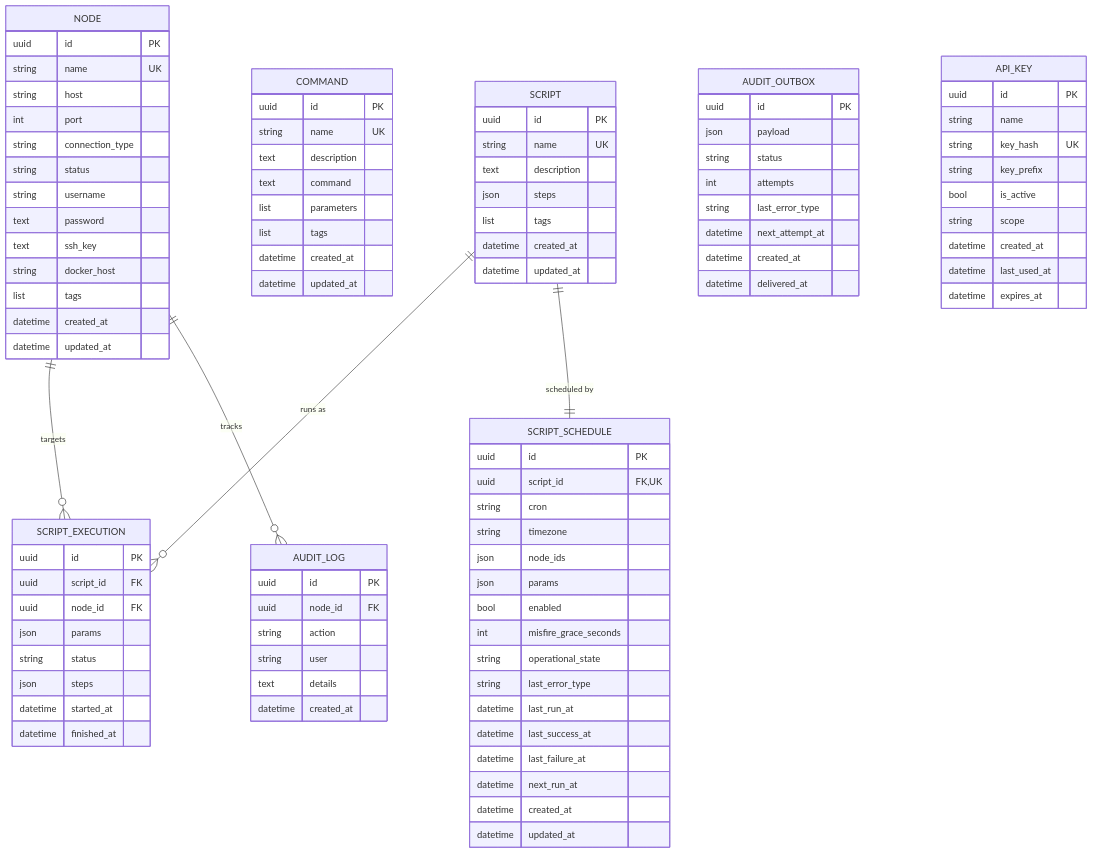
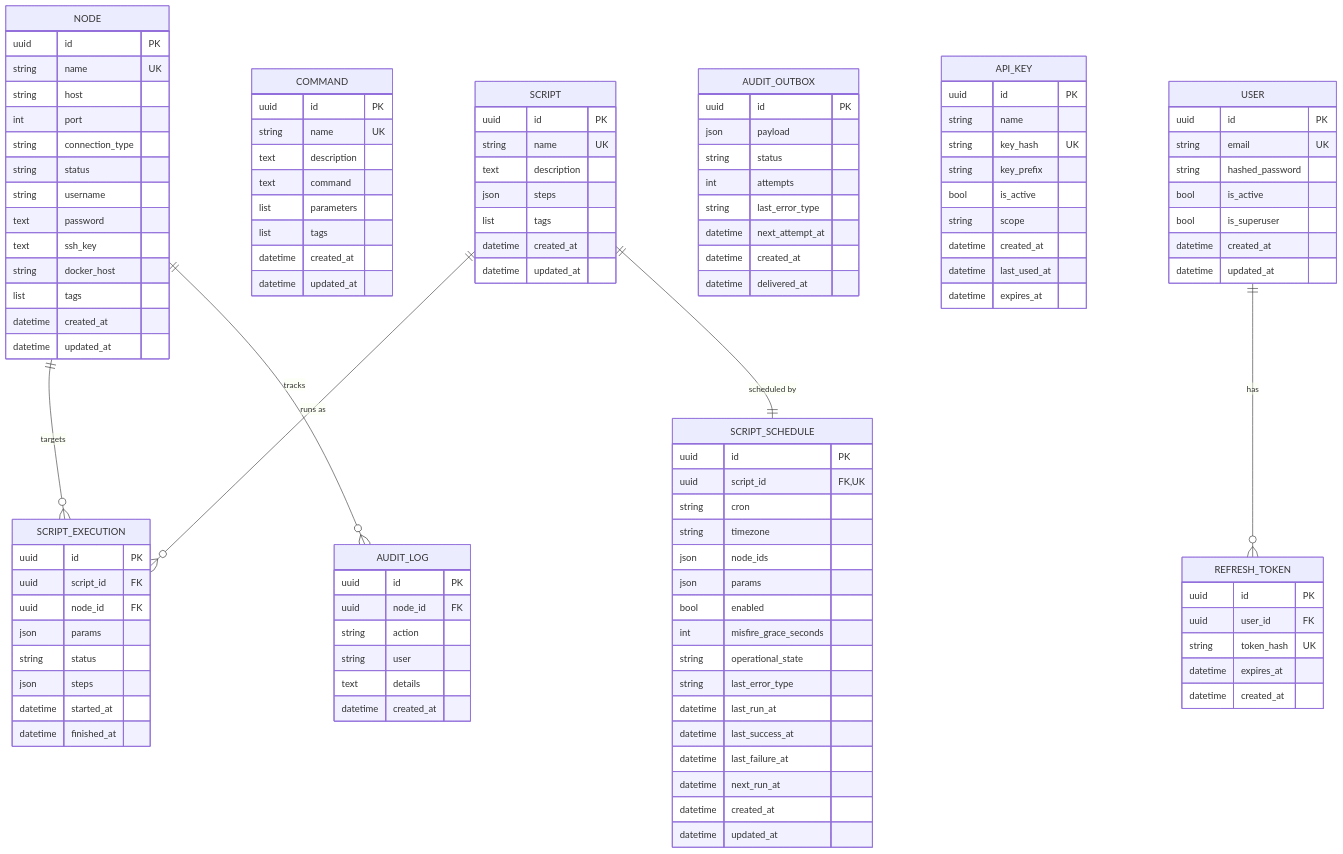
One commit to NodeNexusDev/node_nexus_api changed the second of 2 diagrams in docs/en/architecture/overview.md. Above: the diagram before and after it, drawn with Mermaid. The commit also changed other lines of this file and 9 other files, not shown here.

````diff
--- a/docs/en/architecture/overview.md
+++ b/docs/en/architecture/overview.md
@@ -156,8 +156,27 @@
         datetime expires_at
     }
 
+    USER {
+        uuid id PK
+        string email UK
+        string hashed_password
+        bool is_active
+        bool is_superuser
+        datetime created_at
+        datetime updated_at
+    }
+
+    REFRESH_TOKEN {
+        uuid id PK
+        uuid user_id FK
+        string token_hash UK
+        datetime expires_at
+        datetime created_at
+    }
+
     SCRIPT ||--o{ SCRIPT_EXECUTION : "runs as"
     SCRIPT ||--|| SCRIPT_SCHEDULE : "scheduled by"
     NODE ||--o{ SCRIPT_EXECUTION : "targets"
     NODE ||--o{ AUDIT_LOG : "tracks"
+    USER ||--o{ REFRESH_TOKEN : "has"
 ```
````
